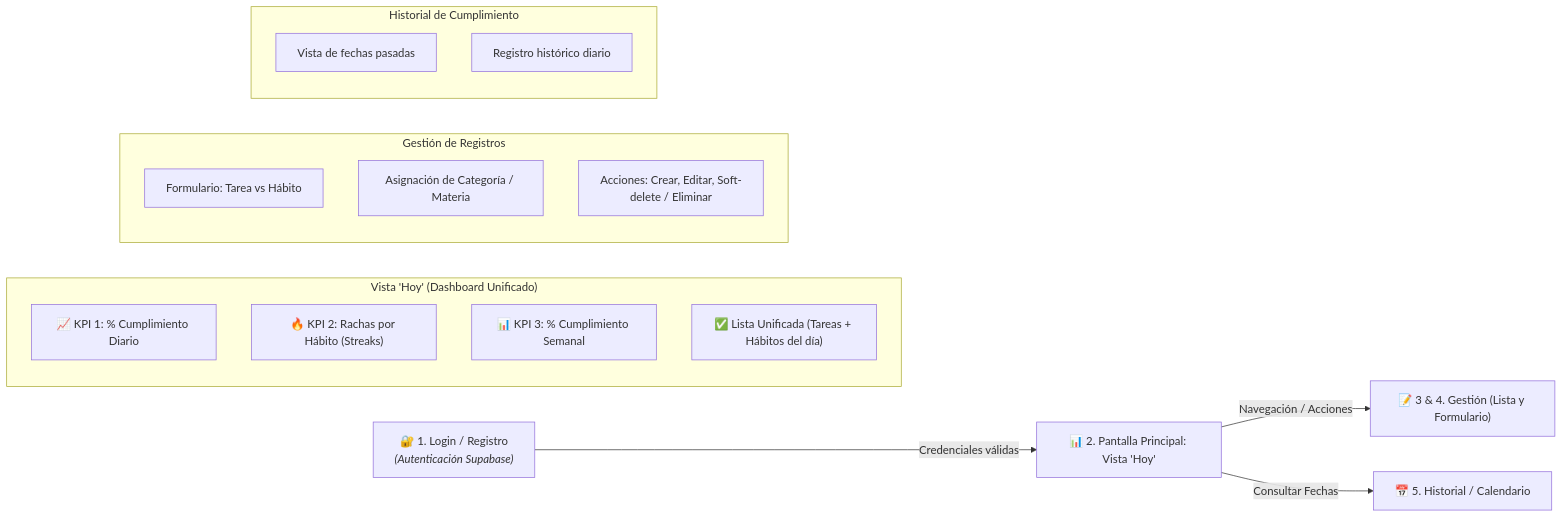
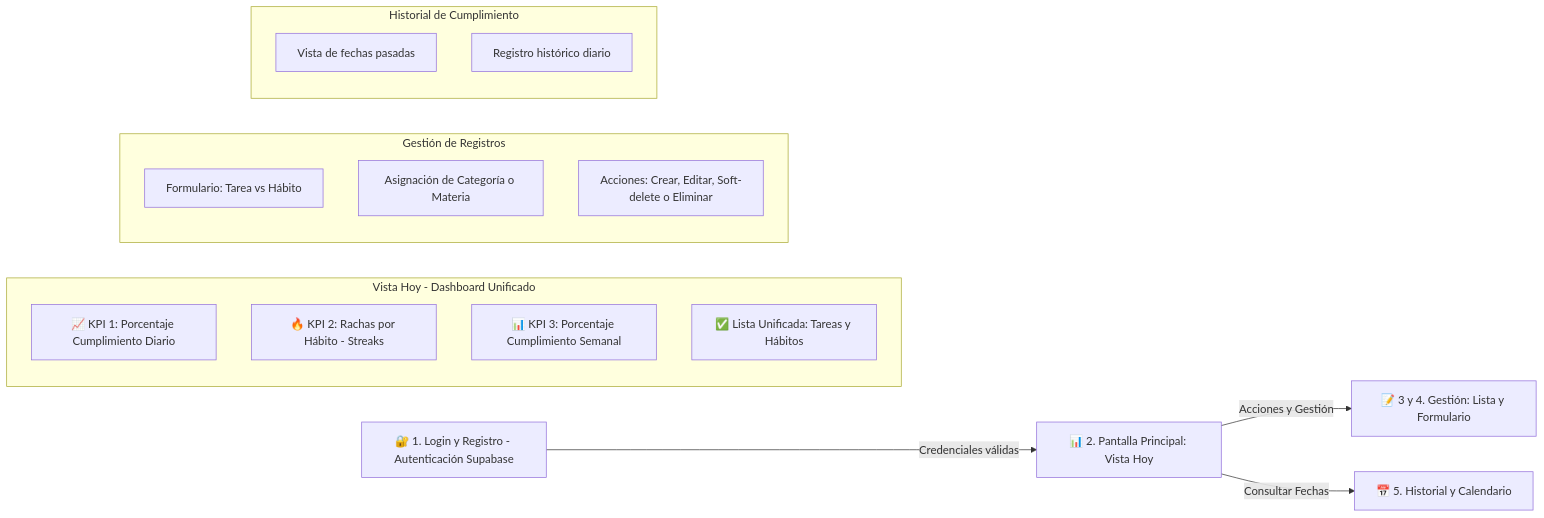
The first of 2 diagrams in README.md (Carlosnm0802/pulso), drawn with Mermaid before and after one commit. The commit also changed other lines of this file, not shown here.

Commit message:
Feat: Correccion en los diagramas

````diff
--- a/README.md
+++ b/README.md
@@ -75,29 +75,26 @@
 ```mermaid
 flowchart LR
-    A["🔐 1. Login / Registro<br/><i>(Autenticación Supabase)</i>"] -->|"Credenciales válidas"| B["📊 2. Pantalla Principal: Vista 'Hoy'"]
+    A["🔐 1. Login y Registro - Autenticación Supabase"] -->|"Credenciales válidas"| B["📊 2. Pantalla Principal: Vista Hoy"]
 
-    subgraph Dashboard ["Vista 'Hoy' (Dashboard Unificado)"]
-        direction TB
-        B1["📈 KPI 1: % Cumplimiento Diario"]
-        B2["🔥 KPI 2: Rachas por Hábito (Streaks)"]
-        B3["📊 KPI 3: % Cumplimiento Semanal"]
-        B4["✅ Lista Unificada (Tareas + Hábitos del día)"]
+    subgraph Dashboard ["Vista Hoy - Dashboard Unificado"]
+        B1["📈 KPI 1: Porcentaje Cumplimiento Diario"]
+        B2["🔥 KPI 2: Rachas por Hábito - Streaks"]
+        B3["📊 KPI 3: Porcentaje Cumplimiento Semanal"]
+        B4["✅ Lista Unificada: Tareas y Hábitos"]
     end
 
-    B -->|"Navegación / Acciones"| C["📝 3 & 4. Gestión (Lista y Formulario)"]
+    B -->|"Acciones y Gestión"| C["📝 3 y 4. Gestión: Lista y Formulario"]
     
     subgraph Management ["Gestión de Registros"]
-        direction TB
         C1["Formulario: Tarea vs Hábito"]
-        C2["Asignación de Categoría / Materia"]
-        C3["Acciones: Crear, Editar, Soft-delete / Eliminar"]
+        C2["Asignación de Categoría o Materia"]
+        C3["Acciones: Crear, Editar, Soft-delete o Eliminar"]
     end
 
-    B -->|"Consultar Fechas"| D["📅 5. Historial / Calendario"]
+    B -->|"Consultar Fechas"| D["📅 5. Historial y Calendario"]
     
     subgraph History ["Historial de Cumplimiento"]
-        direction TB
         D1["Vista de fechas pasadas"]
         D2["Registro histórico diario"]
     end
 ```
````
